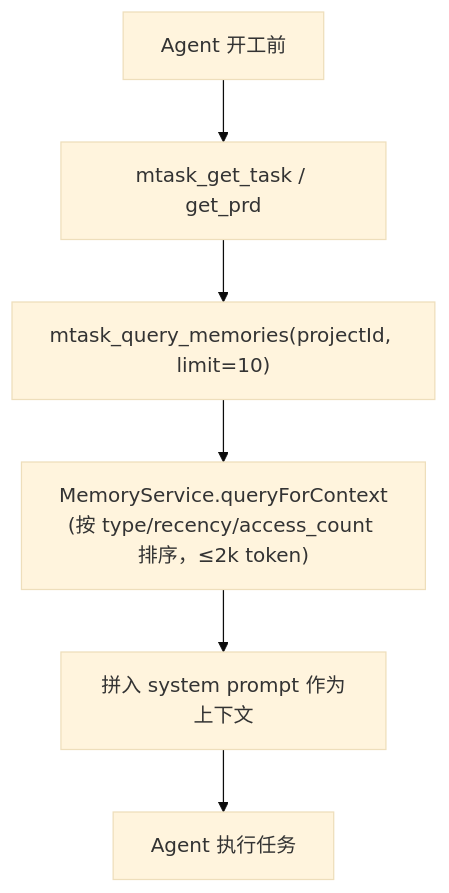
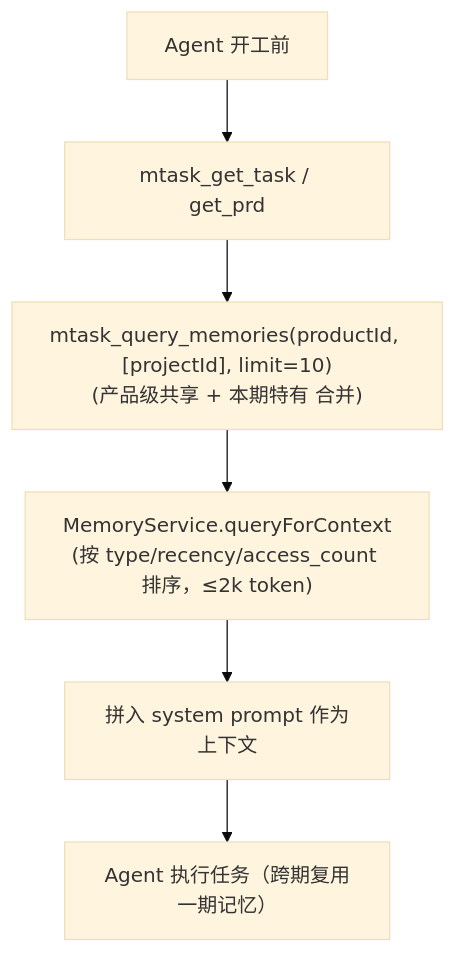
The second of 2 diagrams in docs/评估报告-工作空间隔离AI长期记忆-T04113.md (wangnan05563/MTask), drawn with Mermaid (base theme) before and after one commit. The commit also changed other lines of this file, not shown here.

First line of the commit message:
docs(T04113): 引入 product（产品）维度，记忆以 product_id 为隔离/共享单元

````diff
--- a/docs/评估报告-工作空间隔离AI长期记忆-T04113.md
+++ b/docs/评估报告-工作空间隔离AI长期记忆-T04113.md
@@ -100,8 +119,8 @@
 ```mermaid
 flowchart TD
   A["Agent 开工前"] --> B["mtask_get_task / get_prd"]
-  B --> C["mtask_query_memories(projectId, limit=10)"]
+  B --> C["mtask_query_memories(productId, [projectId], limit=10)<br/>(产品级共享 + 本期特有 合并)"]
   C --> D["MemoryService.queryForContext<br/>(按 type/recency/access_count 排序，≤2k token)"]
   D --> E["拼入 system prompt 作为上下文"]
-  E --> F["Agent 执行任务"]
+  E --> F["Agent 执行任务（跨期复用一期记忆）"]
 ```
````
